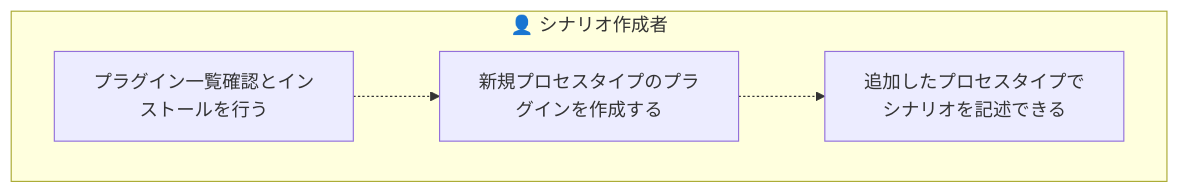
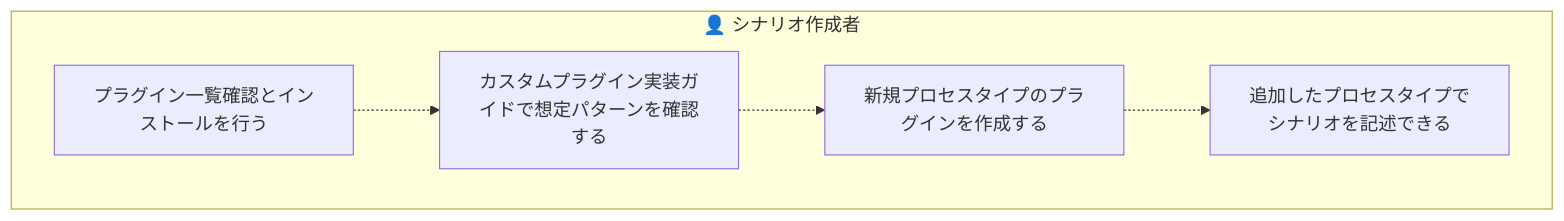
Before and after one commit to scenario-test-framework/stfw: the sixth of 8 diagrams in docs/rdra/latest/views/03_業務フロー.md, drawn with Mermaid. The commit also changed other lines of this file and 24 other files, not shown here.

````diff
--- a/docs/rdra/latest/views/03_業務フロー.md
+++ b/docs/rdra/latest/views/03_業務フロー.md
@@ -144,10 +144,12 @@
 ```mermaid
 graph TD
   subgraph LN1["👤 シナリオ作成者"]
     AT1["プラグイン一覧確認とインストールを行う"]
-    AT2["新規プロセスタイプのプラグインを作成する"]
-    AT3["追加したプロセスタイプでシナリオを記述できる"]
+    AT2["カスタムプラグイン実装ガイドで想定パターンを確認する"]
+    AT3["新規プロセスタイプのプラグインを作成する"]
+    AT4["追加したプロセスタイプでシナリオを記述できる"]
   end
   AT1 -.-> AT2
   AT2 -.-> AT3
+  AT3 -.-> AT4
 ```
````
